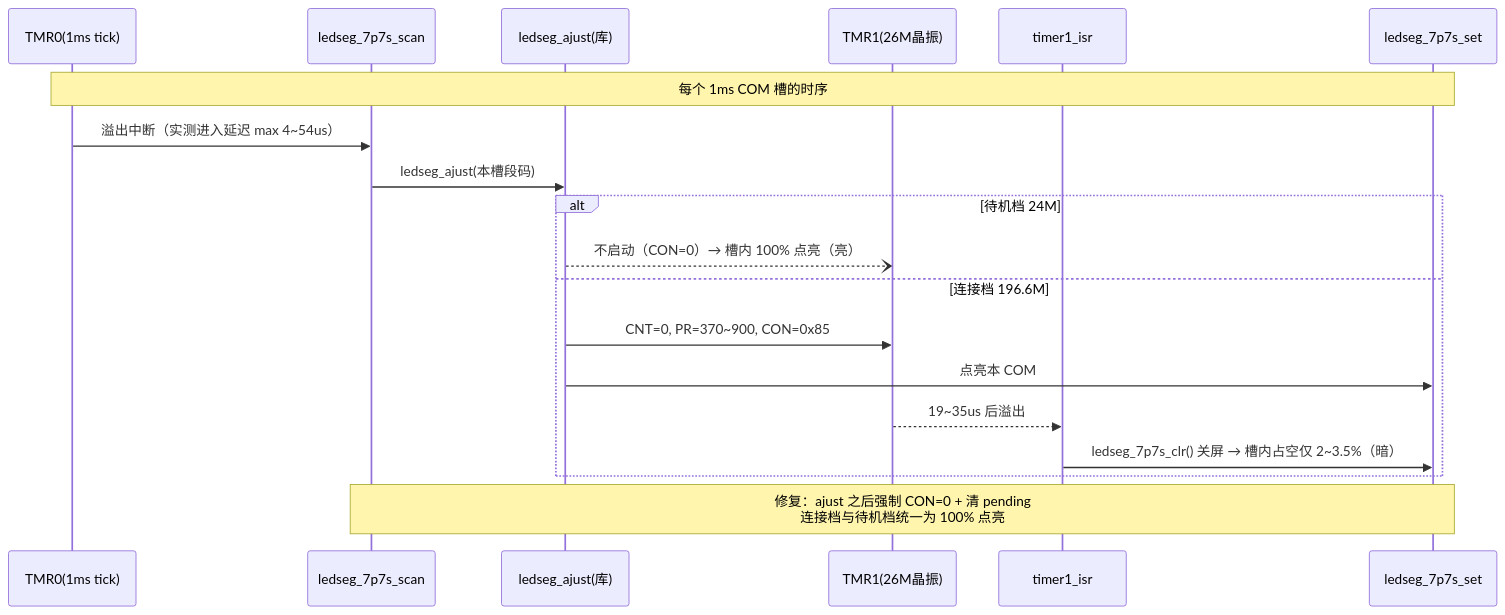
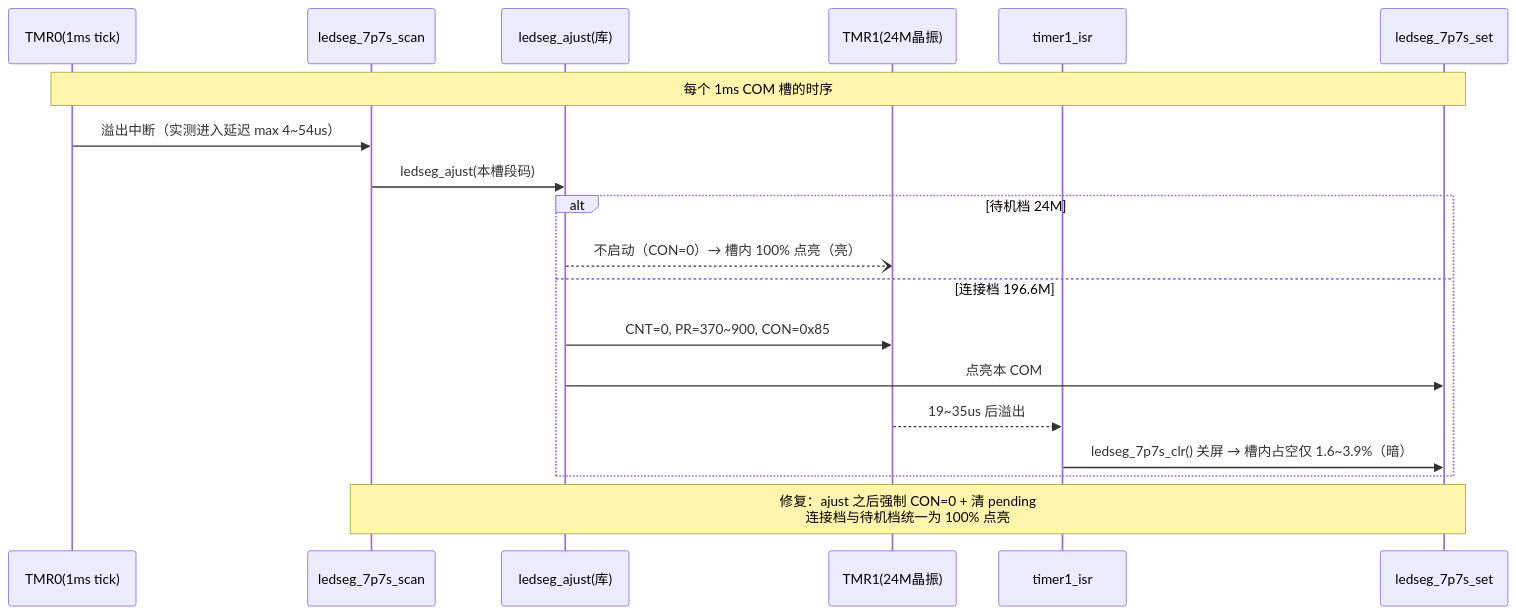
Before and after one commit to zglstudylinux/Client_PROJ_AB5712F_LE_MIC2_ZXD_K16B_S9938_20260911: the second of 2 diagrams in docs/client_problem/ledseg-dim-flicker-after-wireless-connect.md, drawn with Mermaid. The commit also changed other lines of this file and 2 other files, not shown here.

First line of the commit message:
docs(ledseg): add 2402 display FAQ; correct xosc26m to actual 24M crystal

````diff
--- a/docs/client_problem/ledseg-dim-flicker-after-wireless-connect.md
+++ b/docs/client_problem/ledseg-dim-flicker-after-wireless-connect.md
@@ -365,22 +365,22 @@
 ```mermaid
 sequenceDiagram
     participant T0 as TMR0(1ms tick)
     participant SC as ledseg_7p7s_scan
     participant AJ as ledseg_ajust(库)
-    participant T1 as TMR1(26M晶振)
+    participant T1 as TMR1(24M晶振)
     participant ISR1 as timer1_isr
     participant SET as ledseg_7p7s_set
 
     Note over T0,SET: 每个 1ms COM 槽的时序
     T0->>SC: 溢出中断（实测进入延迟 max 4~54us）
     SC->>AJ: ledseg_ajust(本槽段码)
     alt 待机档 24M
         AJ--)T1: 不启动（CON=0）→ 槽内 100% 点亮（亮）
     else 连接档 196.6M
         AJ->>T1: CNT=0, PR=370~900, CON=0x85
         AJ->>SET: 点亮本 COM
         T1-->>ISR1: 19~35us 后溢出
-        ISR1->>SET: ledseg_7p7s_clr() 关屏 → 槽内占空仅 2~3.5%（暗）
+        ISR1->>SET: ledseg_7p7s_clr() 关屏 → 槽内占空仅 1.6~3.9%（暗）
     end
     Note over SC,SET: 修复：ajust 之后强制 CON=0 + 清 pending<br/>连接档与待机档统一为 100% 点亮
 ```
````
